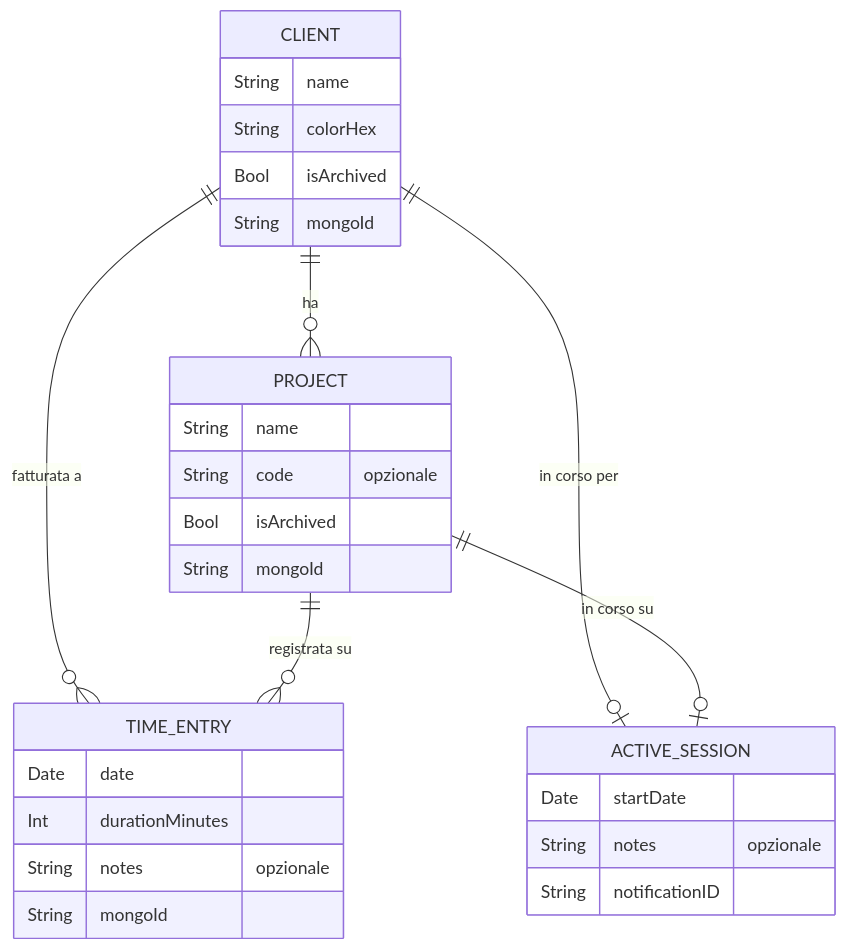
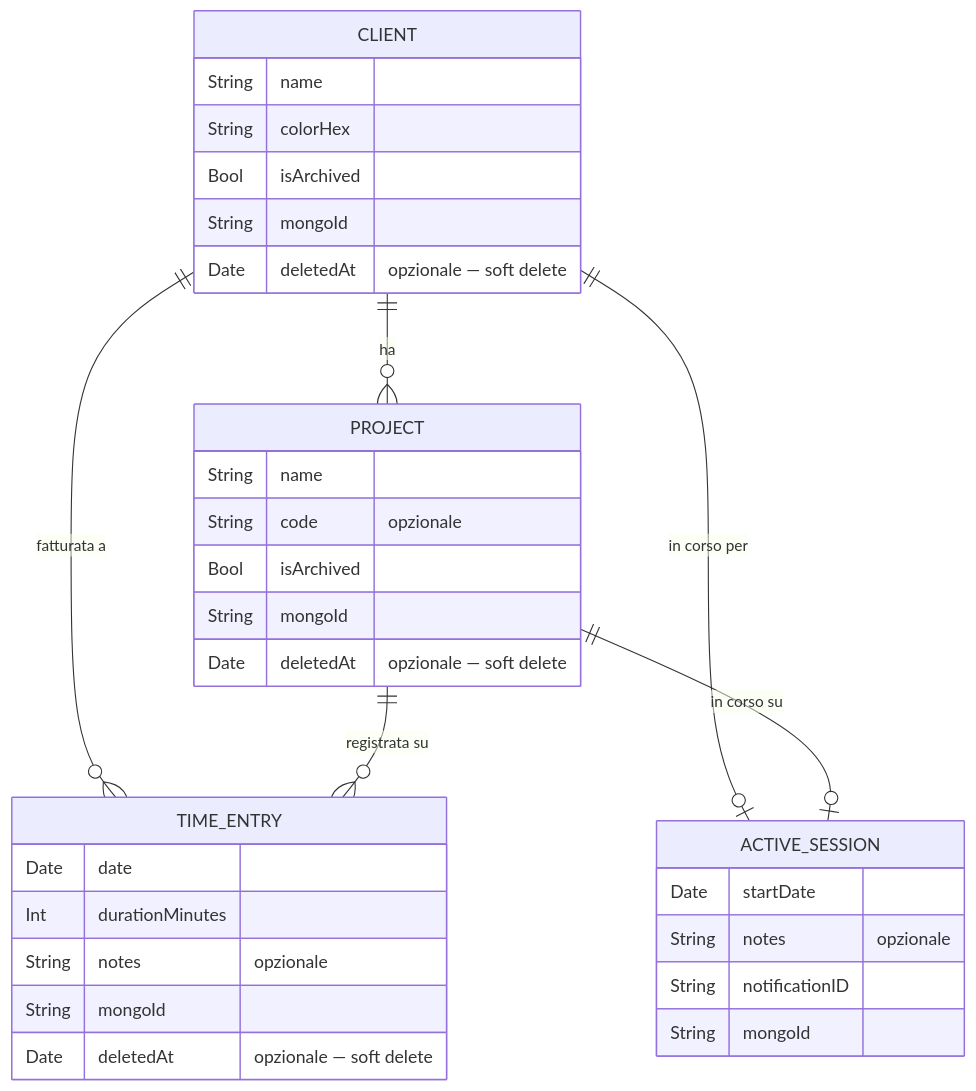
Before and after one commit to albertobarrago/timelog: the first of 2 diagrams in docs/02-modello-dati.md, drawn with Mermaid. The commit also changed other lines of this file and 2 other files, not shown here.

````diff
--- a/docs/02-modello-dati.md
+++ b/docs/02-modello-dati.md
@@ -5,32 +5,36 @@
 ```mermaid
 erDiagram
     CLIENT {
         String  name
         String  colorHex
         Bool    isArchived
         String  mongoId
+        Date    deletedAt   "opzionale — soft delete"
     }
     PROJECT {
         String  name
         String  code        "opzionale"
         Bool    isArchived
         String  mongoId
+        Date    deletedAt   "opzionale — soft delete"
     }
     TIME_ENTRY {
         Date    date
         Int     durationMinutes
         String  notes       "opzionale"
         String  mongoId
+        Date    deletedAt   "opzionale — soft delete"
     }
     ACTIVE_SESSION {
         Date    startDate
         String  notes       "opzionale"
         String  notificationID
+        String  mongoId
     }
 
     CLIENT ||--o{ PROJECT       : "ha"
     CLIENT ||--o{ TIME_ENTRY    : "fatturata a"
     CLIENT ||--o| ACTIVE_SESSION : "in corso per"
     PROJECT ||--o{ TIME_ENTRY   : "registrata su"
     PROJECT ||--o| ACTIVE_SESSION : "in corso su"
 ```
````
